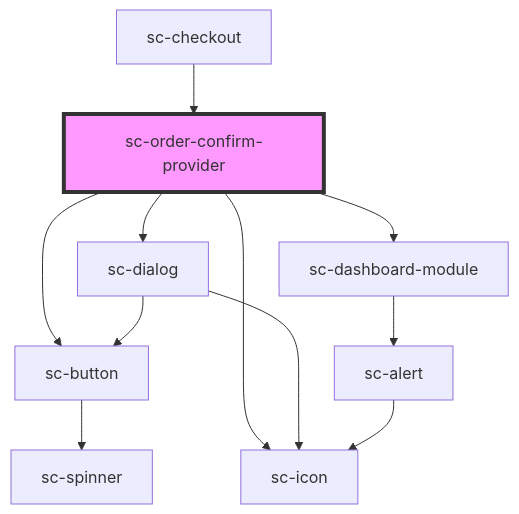
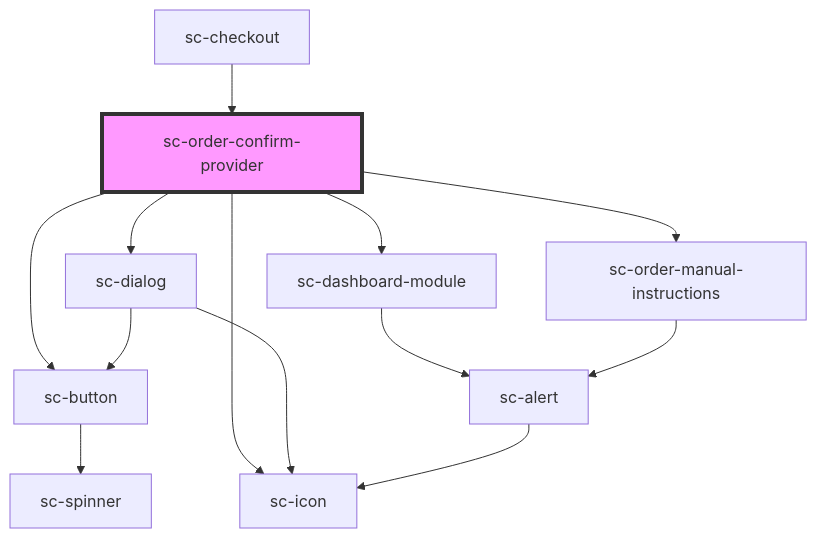
Before and after one commit to surecart/surecart-wp-plugin: the diagram in packages/components/src/components/providers/order-confirm-provider/readme.md, drawn with Mermaid. The commit also changed other lines of this file and 7 other files, not shown here.

````diff
--- a/packages/components/src/components/providers/order-confirm-provider/readme.md
+++ b/packages/components/src/components/providers/order-confirm-provider/readme.md
@@ -42,14 +43,16 @@
 ```mermaid
 graph TD;
   sc-order-confirm-provider --> sc-dialog
   sc-order-confirm-provider --> sc-icon
   sc-order-confirm-provider --> sc-dashboard-module
+  sc-order-confirm-provider --> sc-order-manual-instructions
   sc-order-confirm-provider --> sc-button
   sc-dialog --> sc-button
   sc-dialog --> sc-icon
   sc-button --> sc-spinner
   sc-dashboard-module --> sc-alert
   sc-alert --> sc-icon
+  sc-order-manual-instructions --> sc-alert
   sc-checkout --> sc-order-confirm-provider
   style sc-order-confirm-provider fill:#f9f,stroke:#333,stroke-width:4px
 ```
````
